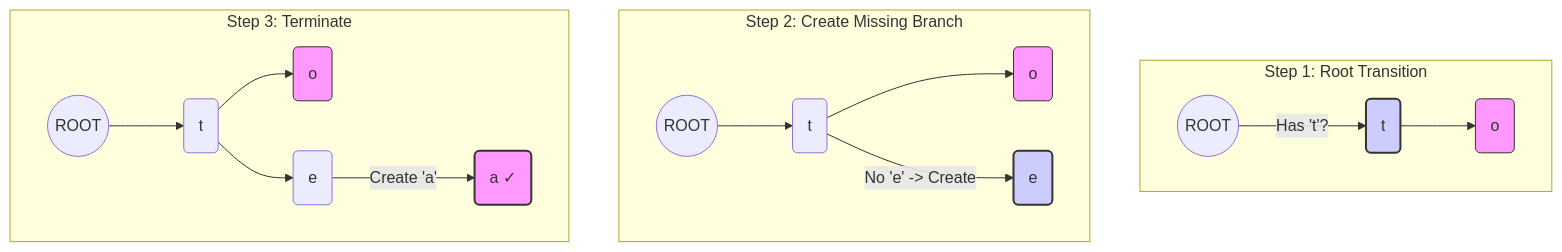
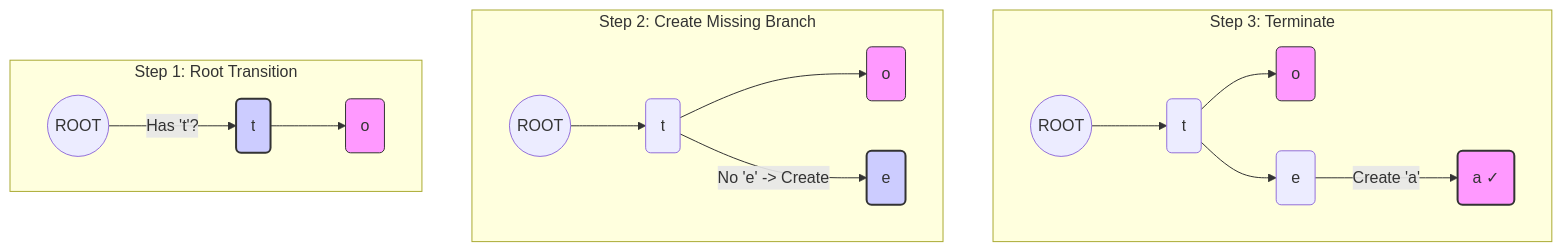
One commit to tdj28/blog changed the third of 11 diagrams in content/en/blog/post/computer_science/algorithms/prefix-trees/index.md. Above: the diagram before and after it, drawn with Mermaid. The commit also changed other lines of this file and 3 other files, not shown here.

```diff
--- a/content/en/blog/post/computer_science/algorithms/prefix-trees/index.md
+++ b/content/en/blog/post/computer_science/algorithms/prefix-trees/index.md
@@ -111,26 +111,26 @@
 {{< mermaid >}}
 graph TD
-    subgraph Step1["Step 1: Root Transition"]
-        R1((ROOT)) -- "Has 't'?" --> T1(t)
-        T1 --> O1(o)
-        style O1 fill:#f9f,stroke:#333
-        style T1 fill:#ccf,stroke:#333,stroke-width:2px
+    subgraph Step3["Step 3: Terminate"]
+        R3((ROOT)) --> T3(t)
+        T3 --> O3(o)
+        T3 --> E3(e)
+        E3 -- "Create 'a'" --> A3("a ✓")
+        style O3 fill:#f9f,stroke:#333
+        style A3 fill:#f9f,stroke:#333,stroke-width:2px
     end
 
     subgraph Step2["Step 2: Create Missing Branch"]
         R2((ROOT)) --> T2(t)
         T2 --> O2(o)
         T2 -- "No 'e' -> Create" --> E2("e")
         style O2 fill:#f9f,stroke:#333
         style E2 fill:#ccf,stroke:#333,stroke-width:2px
     end
 
-    subgraph Step3["Step 3: Terminate"]
-        R3((ROOT)) --> T3(t)
-        T3 --> O3(o)
-        T3 --> E3(e)
-        E3 -- "Create 'a'" --> A3("a ✓")
-        style O3 fill:#f9f,stroke:#333
-        style A3 fill:#f9f,stroke:#333,stroke-width:2px
+    subgraph Step1["Step 1: Root Transition"]
+        R1((ROOT)) -- "Has 't'?" --> T1(t)
+        T1 --> O1(o)
+        style O1 fill:#f9f,stroke:#333
+        style T1 fill:#ccf,stroke:#333,stroke-width:2px
     end
 {{< /mermaid >}}
```
